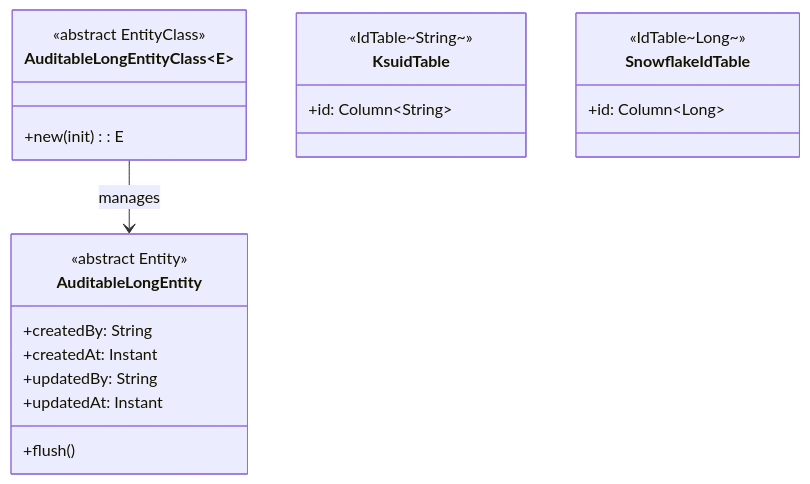
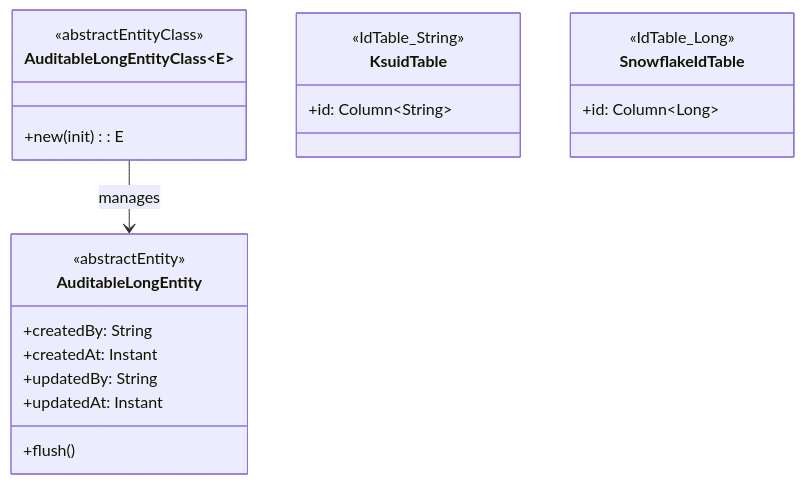
One commit to bluetape4k/bluetape4k-projects changed the first of 4 diagrams in data/exposed-dao/README.md. Above: the diagram before and after it, drawn with Mermaid. The commit also changed other lines of this file and 95 other files, not shown here.

First line of the commit message:
docs: Mermaid 파서 오류 전체 수정 (IntelliJ IDEA 호환)

````diff
--- a/data/exposed-dao/README.md
+++ b/data/exposed-dao/README.md
@@ -227,32 +227,26 @@
 ```mermaid
 classDiagram
     direction TB
     class AuditableLongEntity {
-        <<abstract Entity>>
+        <<abstractEntity>>
         +createdBy: String
         +createdAt: Instant
         +updatedBy: String
         +updatedAt: Instant
         +flush()
     }
     class AuditableLongEntityClass~E~ {
-        <<abstract EntityClass>>
+        <<abstractEntityClass>>
         +new(init): E
     }
     class KsuidTable {
-        <<IdTable~String~>>
+        <<IdTable_String>>
         +id: Column~String~
     }
     class SnowflakeIdTable {
-        <<IdTable~Long~>>
+        <<IdTable_Long>>
         +id: Column~Long~
     }
     AuditableLongEntityClass --> AuditableLongEntity : manages
 
-    classDef tableStyle fill:#9C27B0
-    classDef entityStyle fill:#FF9800
-    class AuditableLongEntity:::entityStyle
-    class AuditableLongEntityClass:::entityStyle
-    class KsuidTable:::tableStyle
-    class SnowflakeIdTable:::tableStyle
 ```
````
